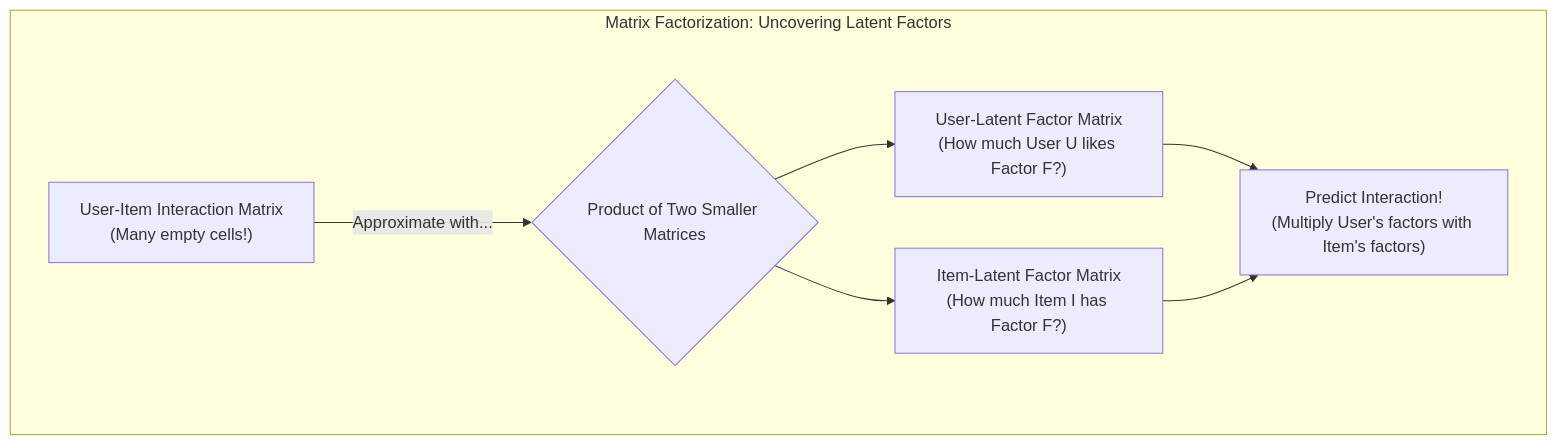
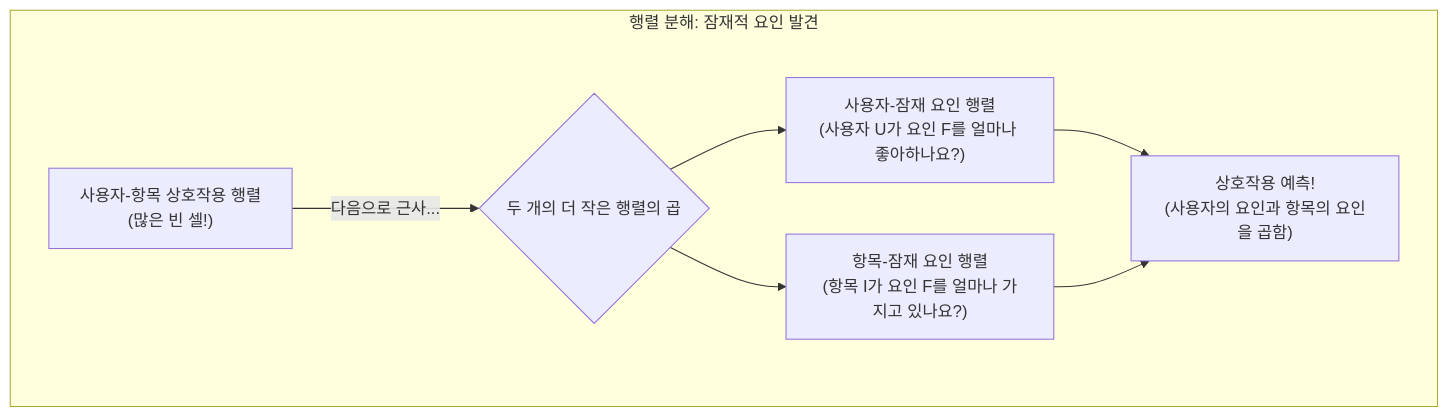
Before and after one commit to gh-shin/suggest-models-example: the sixth of 11 diagrams in ConstructivistLearningPath.md, drawn with Mermaid. The commit also changed other lines of this file and 1 other file, not shown here.

````diff
--- a/ConstructivistLearningPath.md
+++ b/ConstructivistLearningPath.md
@@ -208,11 +208,11 @@
     ```mermaid
     graph TD
-        subgraph "Matrix Factorization: Uncovering Latent Factors"
-            UserItemMatrix["User-Item Interaction Matrix\n(Many empty cells!)"] -->|"Approximate with..."| Factors{"Product of Two Smaller Matrices"}
-            Factors --> UserFactors["User-Latent Factor Matrix\n(How much User U likes Factor F?)"]
-            Factors --> ItemFactors["Item-Latent Factor Matrix\n(How much Item I has Factor F?)"]
+        subgraph "행렬 분해: 잠재적 요인 발견"
+            UserItemMatrix["사용자-항목 상호작용 행렬\n(많은 빈 셀!)"] -->|"다음으로 근사..."| Factors{"두 개의 더 작은 행렬의 곱"}
+            Factors --> UserFactors["사용자-잠재 요인 행렬\n(사용자 U가 요인 F를 얼마나 좋아하나요?)"]
+            Factors --> ItemFactors["항목-잠재 요인 행렬\n(항목 I가 요인 F를 얼마나 가지고 있나요?)"]
 
-            UserFactors --> Prediction["Predict Interaction!\n(Multiply User's factors with Item's factors)"]
+            UserFactors --> Prediction["상호작용 예측!\n(사용자의 요인과 항목의 요인을 곱함)"]
             ItemFactors --> Prediction
         end
     ```
````
